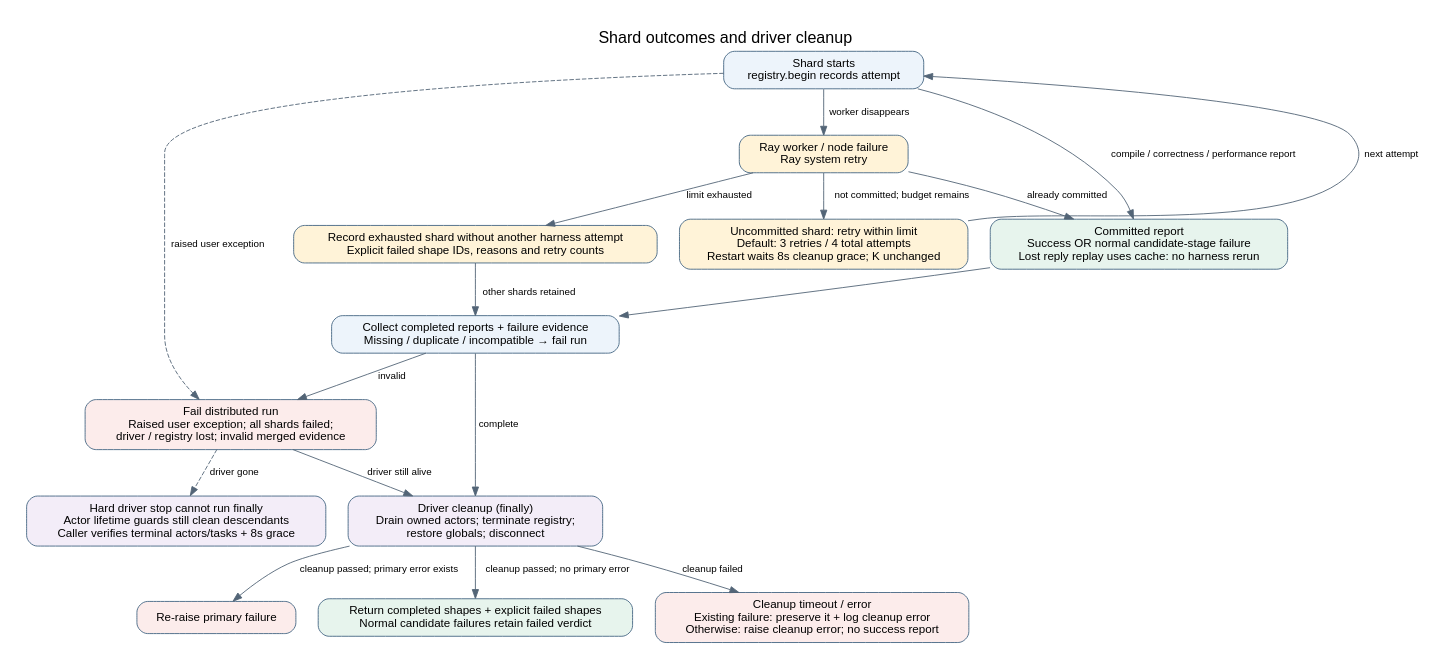
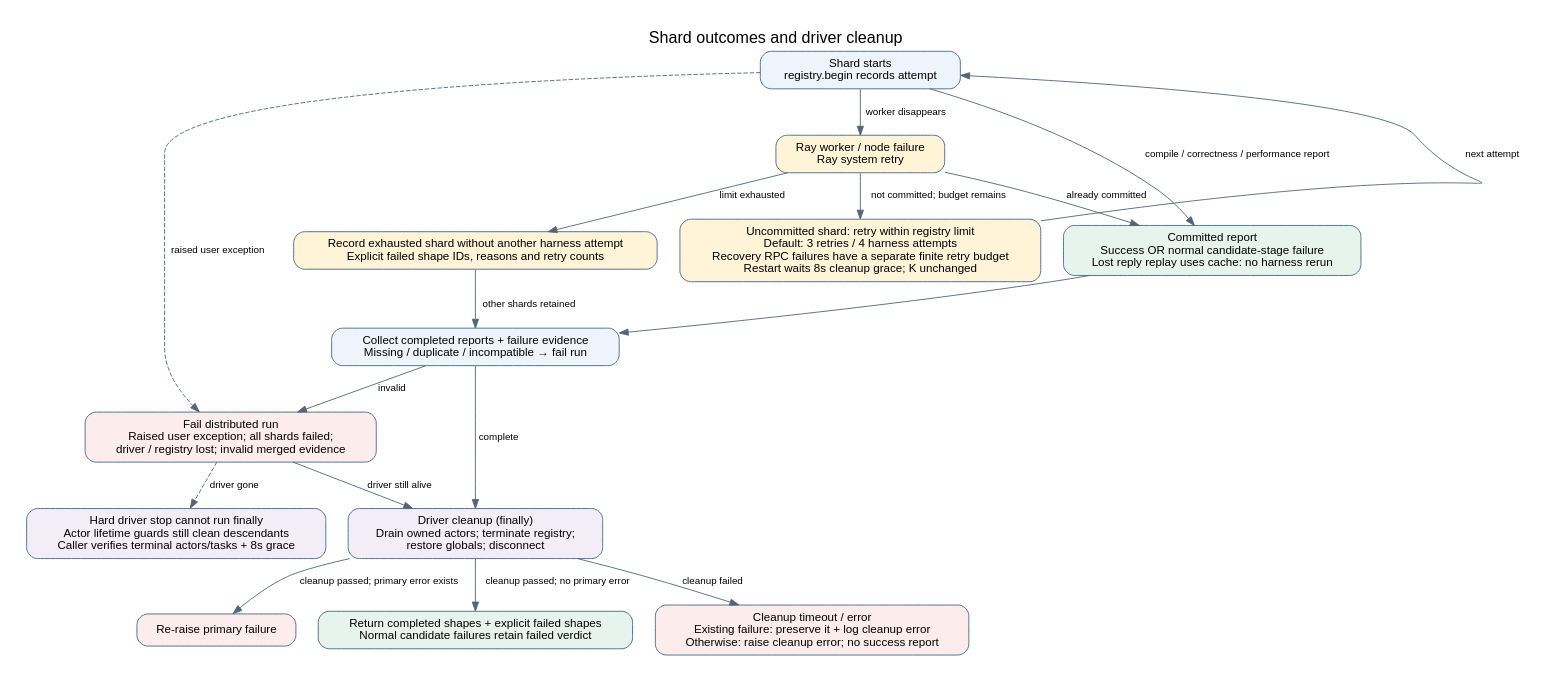
One commit to alibaba/atrex-bench changed the diagram in docs/diagrams/ray-data-failures.dot. Above: the diagram before and after it, drawn with Graphviz. The commit also changed 5 other files, not shown here.

First line of the commit message:
fix(ray): budget recovery RPC retries separately from evaluation

```diff
--- a/docs/diagrams/ray-data-failures.dot
+++ b/docs/diagrams/ray-data-failures.dot
@@ -1,35 +1,35 @@
 digraph failures {
   graph [rankdir=TB, bgcolor="white", pad=0.3, nodesep=0.35, ranksep=0.55,
          fontname="Helvetica", fontsize=18, label="Shard outcomes and driver cleanup", labelloc=t];
   node [shape=box, style="rounded,filled", fillcolor="#edf4fb", color="#446683",
         fontname="Helvetica", fontsize=13, margin="0.15,0.10"];
   edge [fontname="Helvetica", fontsize=11, color="#536577"];
   running [label="Shard starts\nregistry.begin records attempt"];
   lost [label="Ray worker / node failure\nRay system retry", fillcolor="#fff3d8"];
-  retry [label="Uncommitted shard: retry within limit\nDefault: 3 retries / 4 total attempts\nRestart waits 8s cleanup grace; K unchanged", fillcolor="#fff3d8"];
+  retry [label="Uncommitted shard: retry within registry limit\nDefault: 3 retries / 4 harness attempts\nRecovery RPC failures have a separate finite retry budget\nRestart waits 8s cleanup grace; K unchanged", fillcolor="#fff3d8"];
   committed [label="Committed report\nSuccess OR normal candidate-stage failure\nLost reply replay uses cache: no harness rerun", fillcolor="#e7f4ed"];
   merge [label="Collect completed reports + failure evidence\nMissing / duplicate / incompatible → fail run"];
   exhausted [label="Record exhausted shard without another harness attempt\nExplicit failed shape IDs, reasons and retry counts", fillcolor="#fff3d8"];
   fail [label="Fail distributed run\nRaised user exception; all shards failed;\ndriver / registry lost; invalid merged evidence", fillcolor="#fceceb"];
   cleanup [label="Driver cleanup (finally)\nDrain owned actors; terminate registry;\nrestore globals; disconnect", fillcolor="#f3edf8"];
   primary [label="Re-raise primary failure", fillcolor="#fceceb"];
   result [label="Return completed shapes + explicit failed shapes\nNormal candidate failures retain failed verdict", fillcolor="#e7f4ed"];
   error [label="Cleanup timeout / error\nExisting failure: preserve it + log cleanup error\nOtherwise: raise cleanup error; no success report", fillcolor="#fceceb"];
   hard [label="Hard driver stop cannot run finally\nActor lifetime guards still clean descendants\nCaller verifies terminal actors/tasks + 8s grace", fillcolor="#f3edf8"];
   running -> committed [label="compile / correctness / performance report"];
   running -> lost [label="worker disappears"];
   lost -> committed [label="already committed"];
   lost -> retry [label="not committed; budget remains"];
   retry -> running [label="next attempt", constraint=false];
   lost -> exhausted [label="limit exhausted"];
   exhausted -> merge [label="other shards retained"];
   running -> fail [label="raised user exception", style=dashed];
   committed -> merge;
   merge -> cleanup [label="complete"];
   merge -> fail [label="invalid"];
   fail -> cleanup [label="driver still alive"];
   cleanup -> primary [label="cleanup passed; primary error exists"];
   cleanup -> result [label="cleanup passed; no primary error"];
   cleanup -> error [label="cleanup failed"];
   fail -> hard [style=dashed, label="driver gone"];
 }
```
